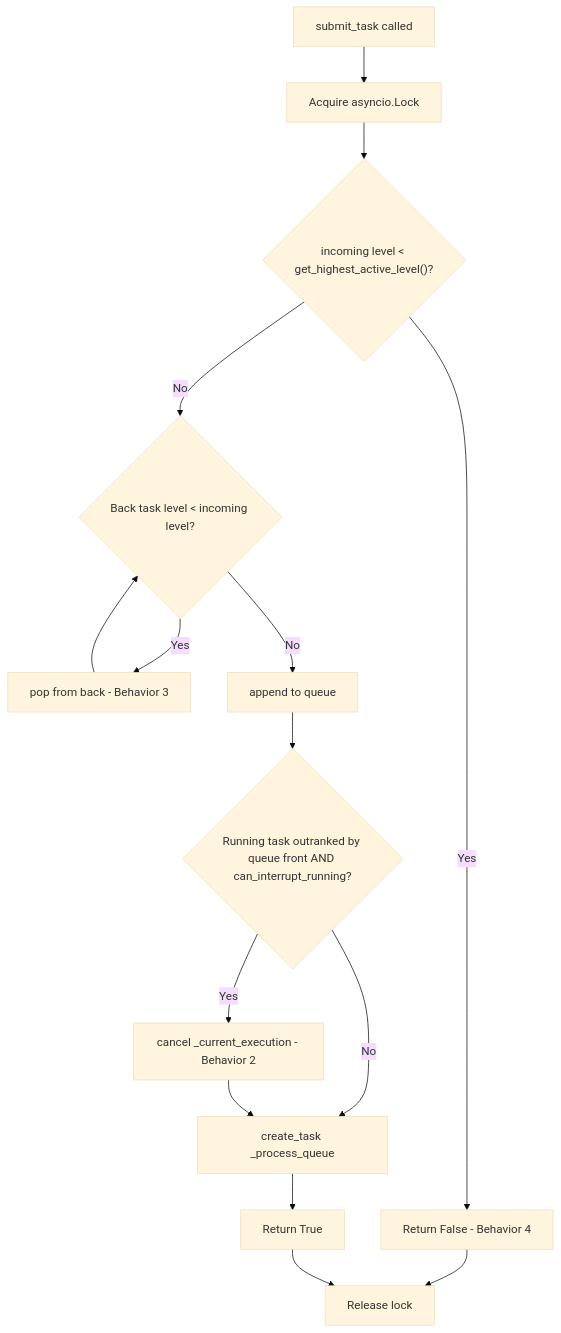
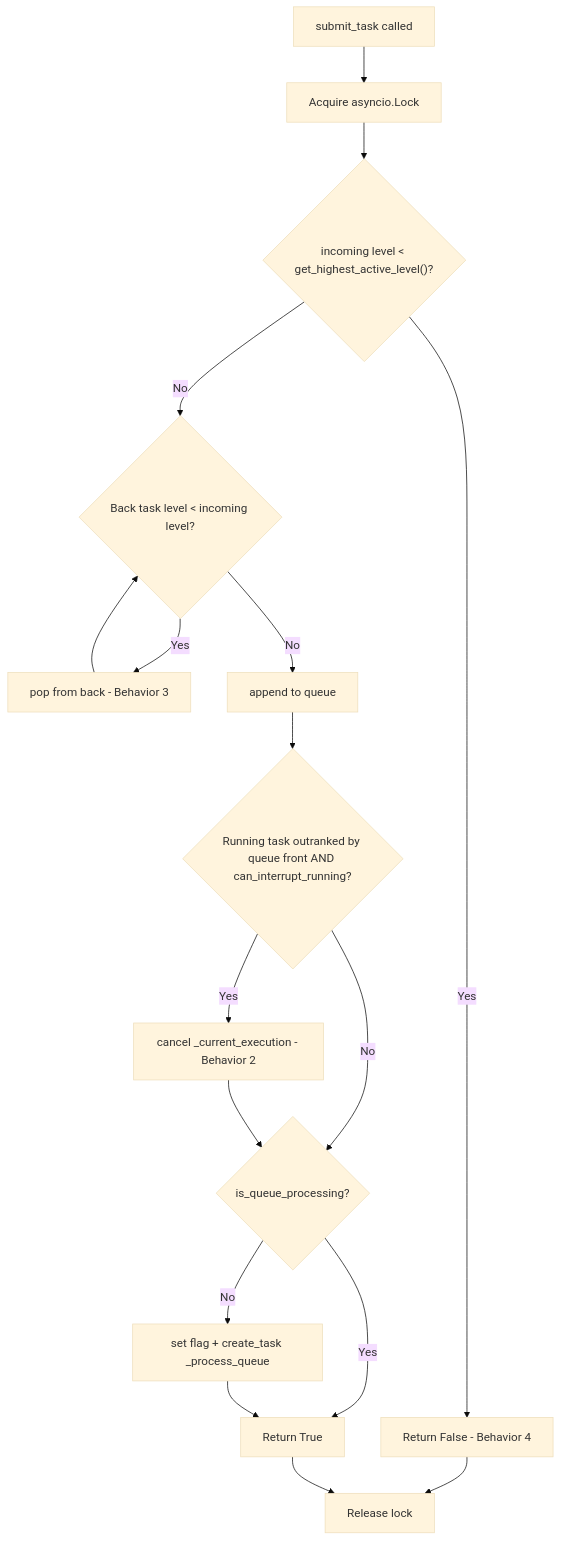
Before and after one commit to scoville/test_filter_queue: the third of 9 diagrams in .cursor/plans/system_architecture_workflow_b2d79ca7.plan.md, drawn with Mermaid (base theme). The commit also changed other lines of this file, not shown here.

Commit message:
update System Architecture Workflow

````diff
--- a/.cursor/plans/system_architecture_workflow_b2d79ca7.plan.md
+++ b/.cursor/plans/system_architecture_workflow_b2d79ca7.plan.md
@@ -96,17 +129,19 @@
 ```mermaid
 flowchart TD
     Start[submit_task called] --> Lock[Acquire asyncio.Lock]
     Lock --> CheckActive{"incoming level < get_highest_active_level()?"}
     CheckActive -->|Yes| Reject["Return False - Behavior 4"]
     CheckActive -->|No| EvictLoop{Back task level < incoming level?}
     EvictLoop -->|Yes| PopBack[pop from back - Behavior 3]
     PopBack --> EvictLoop
     EvictLoop -->|No| Append[append to queue]
     Append --> PreemptCheck{Running task outranked by queue front AND can_interrupt_running?}
     PreemptCheck -->|Yes| Cancel[cancel _current_execution - Behavior 2]
     PreemptCheck -->|No| Trigger
-    Cancel --> Trigger[create_task _process_queue]
-    Trigger --> Accept[Return True]
+    Cancel --> Trigger{is_queue_processing?}
+    Trigger -->|No| Spawn[set flag + create_task _process_queue]
+    Trigger -->|Yes| Accept
+    Spawn --> Accept[Return True]
     Reject --> Unlock[Release lock]
     Accept --> Unlock
 ```
````
